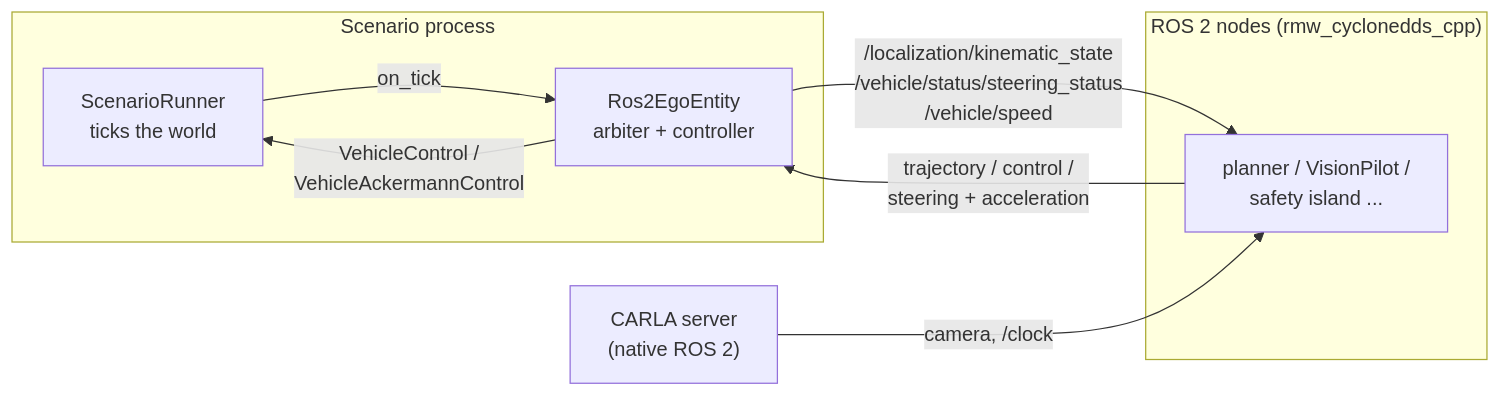
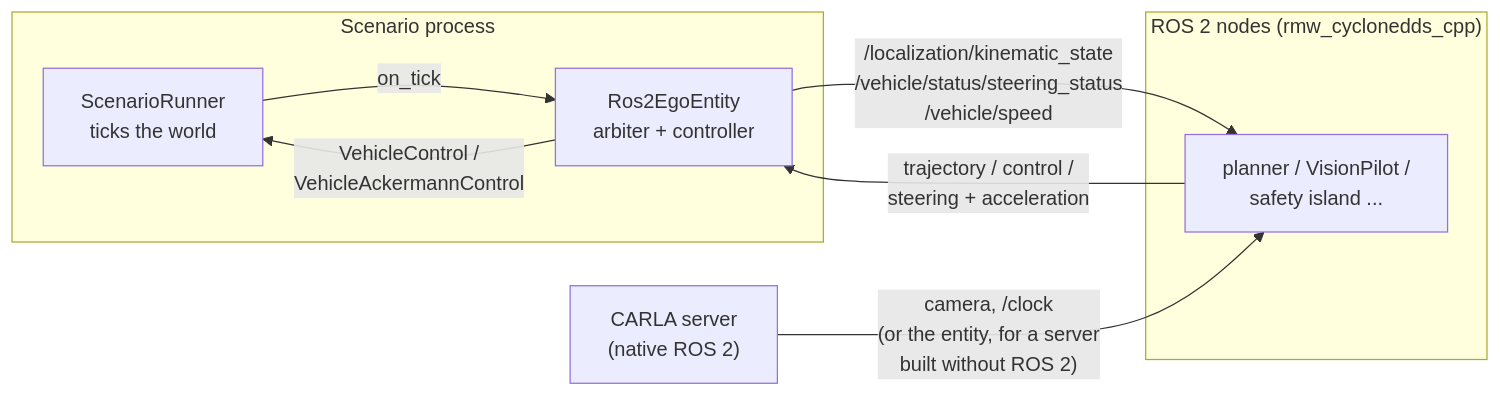
Before and after one commit to autowarefoundation/autoware_carla_scenario: the diagram in autoware_carla_scenario/docs/ros2.md, drawn with Mermaid. The commit also changed other lines of this file and 10 other files, not shown here.

First line of the commit message:
feat(ros2): publish the ego's cameras for a CARLA server built without ROS 2

````diff
--- a/autoware_carla_scenario/docs/ros2.md
+++ b/autoware_carla_scenario/docs/ros2.md
@@ -12,16 +12,16 @@
 ```mermaid
 flowchart LR
     subgraph scenario["Scenario process"]
         SR["ScenarioRunner<br/>ticks the world"]
         E["Ros2EgoEntity<br/>arbiter + controller"]
         SR -->|on_tick| E
         E -->|"VehicleControl /<br/>VehicleAckermannControl"| SR
     end
     subgraph ros["ROS 2 nodes (rmw_cyclonedds_cpp)"]
         P["planner / VisionPilot /<br/>safety island ..."]
     end
     CARLA["CARLA server<br/>(native ROS 2)"]
     E -->|"/localization/kinematic_state<br/>/vehicle/status/steering_status<br/>/vehicle/speed"| P
     P -->|"trajectory / control /<br/>steering + acceleration"| E
-    CARLA -->|"camera, /clock"| P
+    CARLA -->|"camera, /clock<br/>(or the entity, for a server<br/>built without ROS 2)"| P
 ```
````
